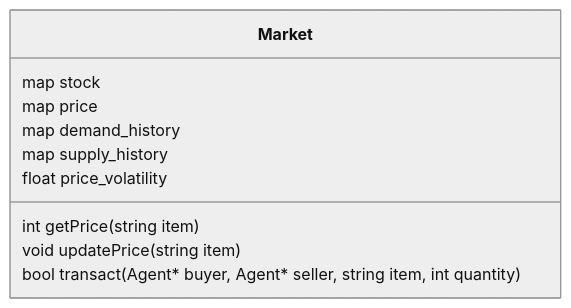
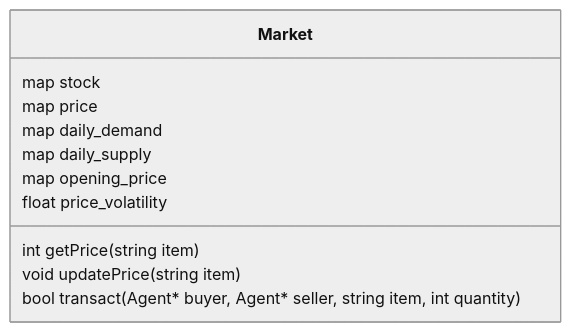
One commit to sora-kisaragi/MiddleAgeEconomySim changed the seventh of 19 diagrams in wiki/Low_Level_Design.md. Above: the diagram before and after it, drawn with Mermaid (neutral theme). The commit also changed other lines of this file and 2 other files, not shown here.

Commit message:
fix: distinguish seller offers in daily market supply

````diff
--- a/wiki/Low_Level_Design.md
+++ b/wiki/Low_Level_Design.md
@@ -184,14 +184,15 @@
 ```mermaid
 classDiagram
     class Market {
         map<string, int> stock
         map<string, int> price
-        map<string, int> demand_history
-        map<string, int> supply_history
+        map<string, int64_t> daily_demand
+        map<string, int64_t> daily_supply
+        map<string, int> opening_price
         float price_volatility
 
         int getPrice(string item)
         void updatePrice(string item)
         bool transact(Agent* buyer, Agent* seller, string item, int quantity)
     }
 ```
````
